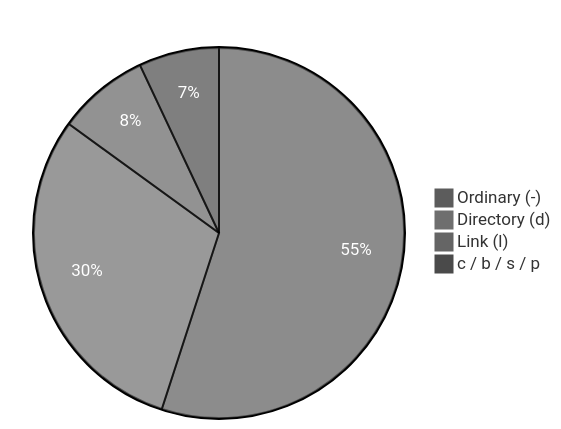
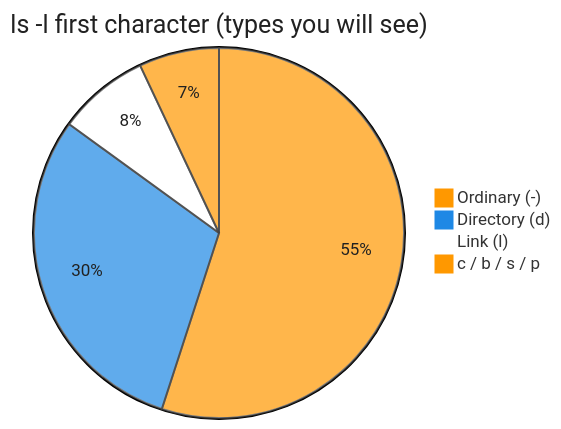
Before and after one commit to chaitussm/Linux-Basics: the fourth of 4 diagrams in docs/topics/TypesOfFilesInLinux.md, drawn with Mermaid. The commit also changed other lines of this file and 20 other files, not shown here.

First line of the commit message:
Use orange, blue, and white Mermaid pie chart colors

````diff
--- a/docs/topics/TypesOfFilesInLinux.md
+++ b/docs/topics/TypesOfFilesInLinux.md
@@ -155,8 +155,8 @@
 ```mermaid
-%%{init: {'theme': 'base', 'themeVariables': {'pie1': '#5c5c5c', 'pie2': '#6e6e6e', 'pie3': '#656565', 'pie4': '#4a4a4a', 'pie5': '#707070', 'pie6': '#555555', 'pieTitleTextColor': '#ffffff', 'pieSectionTextColor': '#ffffff'}}}%%
+%%{init: {'theme': 'base', 'themeVariables': {'pie1': '#FF9800', 'pie2': '#1E88E5', 'pie3': '#FFFFFF', 'pie4': '#FF9800', 'pie5': '#1E88E5', 'pieTitleTextColor': '#212121', 'pieSectionTextColor': '#212121', 'pieStrokeColor': '#424242'}}}%%
 pie title ls -l first character (types you will see)
     "Ordinary (-)" : 55
     "Directory (d)" : 30
     "Link (l)" : 8
     "c / b / s / p" : 7
 ```
````
